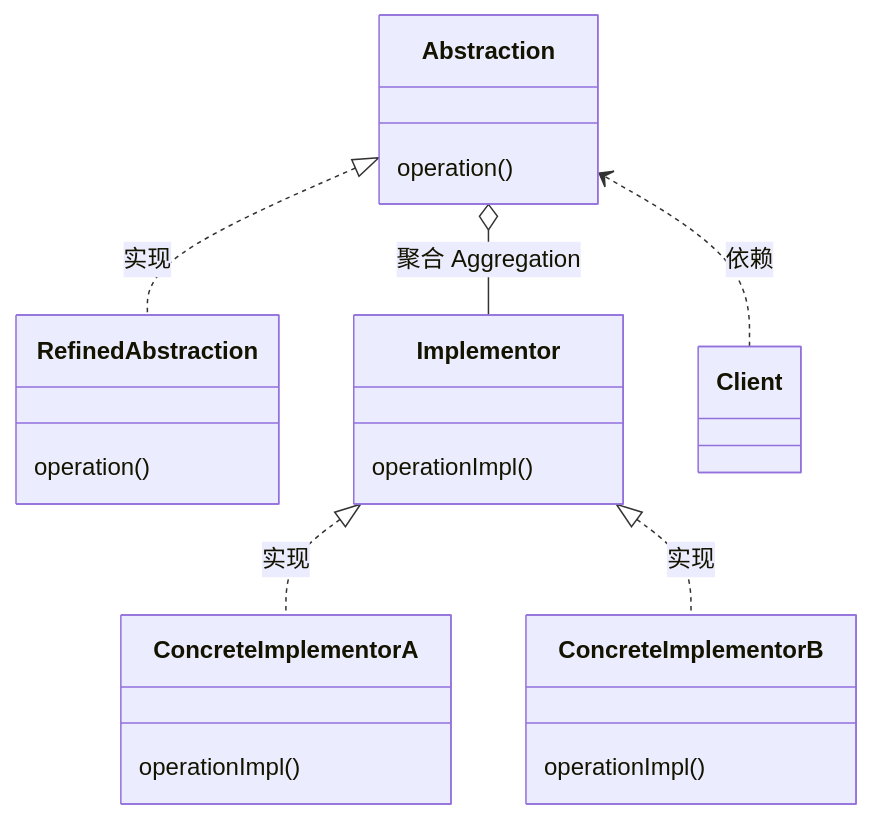
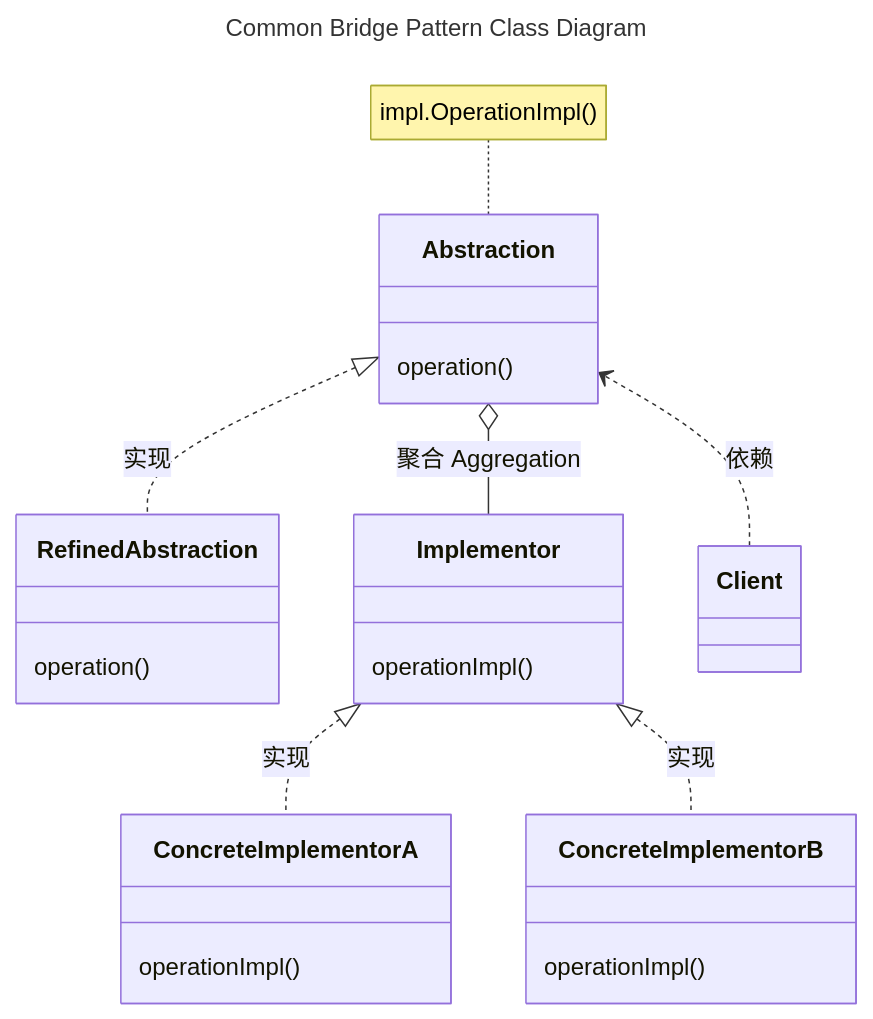
One commit to David-5-5/tutorial changed the sixth of 8 diagrams in docs/designpattern/structure.md. Above: the diagram before and after it, drawn with Mermaid. The commit also changed other lines of this file, not shown here.

Commit message:
Add composite pattern

````diff
--- a/docs/designpattern/structure.md
+++ b/docs/designpattern/structure.md
@@ -229,33 +234,38 @@
 ```mermaid
+---
+title: Common Bridge Pattern Class Diagram
+---
 classDiagram
 
 class Abstraction {
   operation()
 }
+
+note for Abstraction "impl.OperationImpl()"
 
 class RefinedAbstraction {
   operation()
 }
 
 class Implementor {
   operationImpl()
 }
 
 class ConcreteImplementorA {
   operationImpl()
 }
 
 class ConcreteImplementorB {
   operationImpl()
 }
 
 Abstraction <.. Client : 依赖
 
 Abstraction <|.. RefinedAbstraction : 实现
 
 Abstraction o-- Implementor : 聚合 Aggregation
 
 Implementor <|.. ConcreteImplementorA : 实现
 Implementor <|.. ConcreteImplementorB : 实现
 
 ```
````
